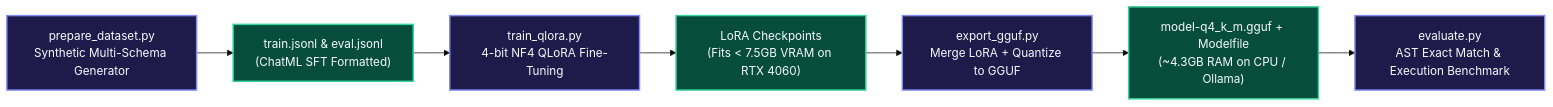
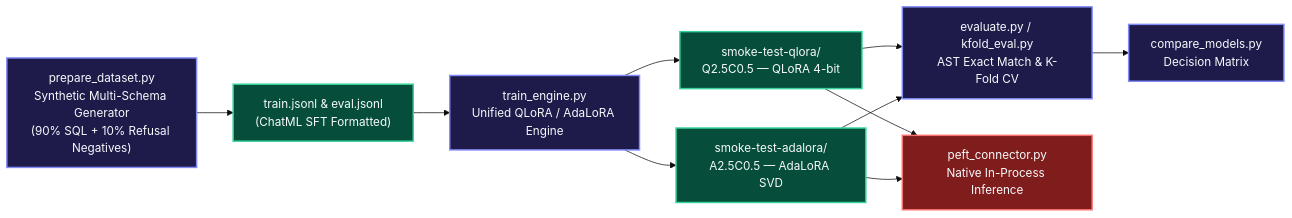
Before and after one commit to VanshikaKritiSingh/NL2SQL: the fourth of 4 diagrams in core/README.md, drawn with Mermaid (base theme). The commit also changed other lines of this file and 36 other files, not shown here.

First line of the commit message:
feat(ai,gui,engine): add semantic architecture synthesis, refusal defense, and PEFT field models

````diff
--- a/core/README.md
+++ b/core/README.md
@@ -208,17 +208,21 @@
 ```mermaid
 flowchart LR
     classDef stage fill:#1e1b4b,stroke:#818cf8,stroke-width:2px,color:#f8fafc;
     classDef artifact fill:#064e3b,stroke:#34d399,stroke-width:2px,color:#f8fafc;
+    classDef guard fill:#7f1d1d,stroke:#f87171,stroke-width:2px,color:#f8fafc;
 
-    DS["prepare_dataset.py<br/>Synthetic Multi-Schema Generator"]:::stage --> DATA["train.jsonl & eval.jsonl<br/>(ChatML SFT Formatted)"]:::artifact
-    
-    DATA --> SFT["train_qlora.py<br/>4-bit NF4 QLoRA Fine-Tuning"]:::stage
-    
-    SFT --> LORA["LoRA Checkpoints<br/>(Fits < 7.5GB VRAM on RTX 4060)"]:::artifact
-    
-    LORA --> EXP["export_gguf.py<br/>Merge LoRA + Quantize to GGUF"]:::stage
-    
-    EXP --> GGUF["model-q4_k_m.gguf + Modelfile<br/>(~4.3GB RAM on CPU / Ollama)"]:::artifact
-    
-    GGUF --> EVAL["evaluate.py<br/>AST Exact Match & Execution Benchmark"]:::stage
+    DS["prepare_dataset.py<br/>Synthetic Multi-Schema Generator<br/>(90% SQL + 10% Refusal Negatives)"]:::stage --> DATA["train.jsonl & eval.jsonl<br/>(ChatML SFT Formatted)"]:::artifact
+
+    DATA --> ENG["train_engine.py<br/>Unified QLoRA / AdaLoRA Engine"]:::stage
+
+    ENG --> Q["smoke-test-qlora/<br/>Q2.5C0.5 — QLoRA 4-bit"]:::artifact
+    ENG --> A["smoke-test-adalora/<br/>A2.5C0.5 — AdaLoRA SVD"]:::artifact
+
+    Q --> EVAL["evaluate.py / kfold_eval.py<br/>AST Exact Match & K-Fold CV"]:::stage
+    A --> EVAL
+
+    EVAL --> CMP["compare_models.py<br/>Decision Matrix"]:::stage
+
+    Q --> PEFT["peft_connector.py<br/>Native In-Process Inference"]:::guard
+    A --> PEFT
 ```
````
